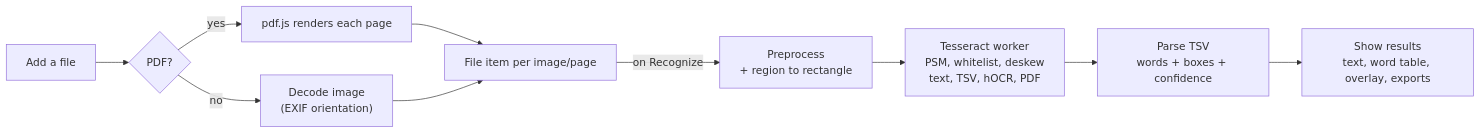
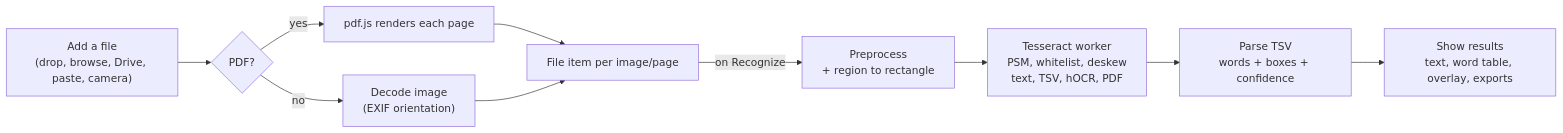
Before and after one commit to bharathdrive-ai/imageRecognition: the third of 3 diagrams in ARCHITECTURE.md, drawn with Mermaid. The commit also changed other lines of this file, not shown here.

Commit message:
docs: add Google Drive import to the architecture document

````diff
--- a/ARCHITECTURE.md
+++ b/ARCHITECTURE.md
@@ -64,12 +70,12 @@
 ```mermaid
 flowchart LR
-    add["Add a file"] --> isPdf{"PDF?"}
+    add["Add a file<br/>(drop, browse, Drive, paste, camera)"] --> isPdf{"PDF?"}
     isPdf -- yes --> render["pdf.js renders each page"]
     isPdf -- no --> decode["Decode image<br/>(EXIF orientation)"]
     render --> item["File item per image/page"]
     decode --> item
     item -- "on Recognize" --> prep["Preprocess<br/>+ region to rectangle"]
     prep --> tess["Tesseract worker<br/>PSM, whitelist, deskew<br/>text, TSV, hOCR, PDF"]
     tess --> parse["Parse TSV<br/>words + boxes + confidence"]
     parse --> show["Show results<br/>text, word table, overlay, exports"]
 ```
````
